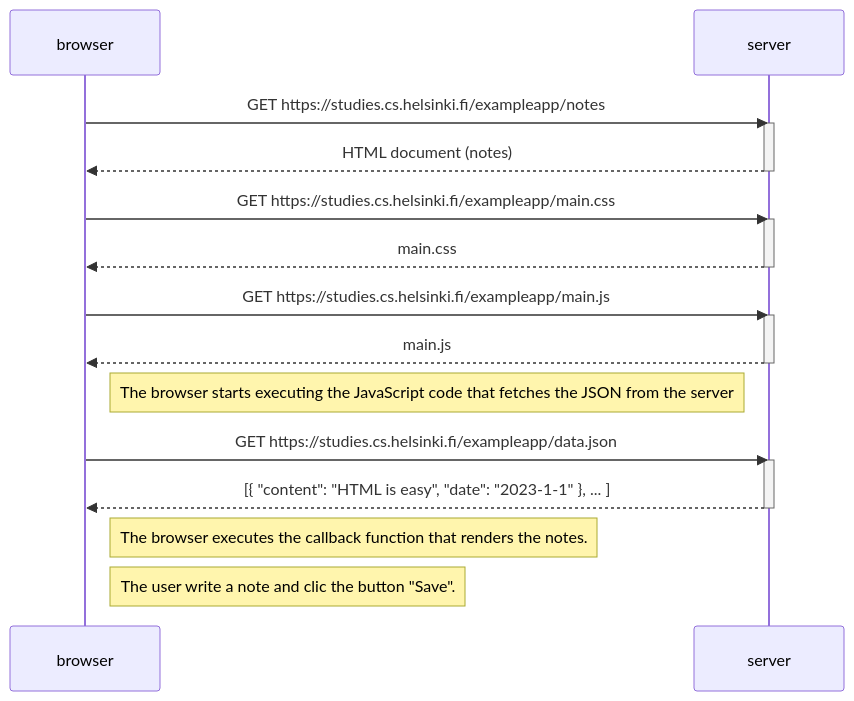
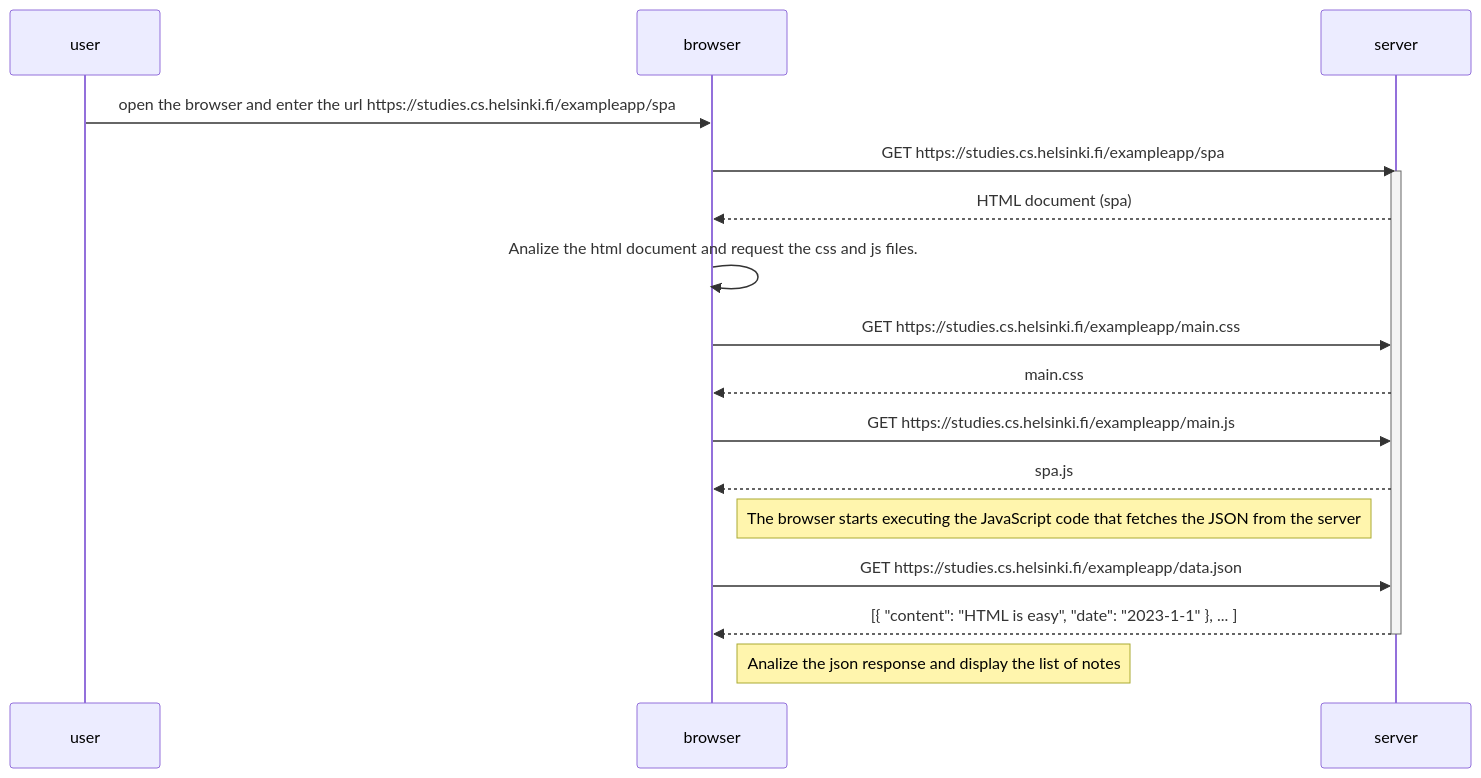
Before and after one commit to FedericoIseas/Part0: the diagram in 0.5.md, drawn with Mermaid. The commit also changed 2 other files, not shown here.

Commit message:
part 0 finished

````diff
--- a/0.5.md
+++ b/0.5.md
@@ -1,33 +1,31 @@
 ```mermaid
 sequenceDiagram
+    participant user
     participant browser
     participant server
+    %% first load %%
+    user->>browser: open the browser and enter the url https://studies.cs.helsinki.fi/exampleapp/spa
 
-    browser->>server: GET https://studies.cs.helsinki.fi/exampleapp/notes
+    browser->>server: GET https://studies.cs.helsinki.fi/exampleapp/spa
     activate server
-    server-->>browser: HTML document (notes)
-    deactivate server
+    server-->>browser: HTML document (spa)
+
+    browser->>browser: Analize the html document and request the css and js files.
 
     browser->>server: GET https://studies.cs.helsinki.fi/exampleapp/main.css
-    activate server
+    
     server-->>browser: main.css
-    deactivate server
 
     browser->>server: GET https://studies.cs.helsinki.fi/exampleapp/main.js
-    activate server
-    server-->>browser: main.js
-    deactivate server
+    
+    server-->>browser: spa.js
 
     Note right of browser: The browser starts executing the JavaScript code that fetches the JSON from the server
 
     browser->>server: GET https://studies.cs.helsinki.fi/exampleapp/data.json
-    activate server
+    
     server-->>browser: [{ "content": "HTML is easy", "date": "2023-1-1" }, ... ]
     deactivate server
 
-    Note right of browser: The browser executes the callback function that renders the notes.
-    
-    Note right of browser: The user write a note and clic the button "Save".
-
-    
+    Note right of browser: Analize the json response and display the list of notes
 ```
````
